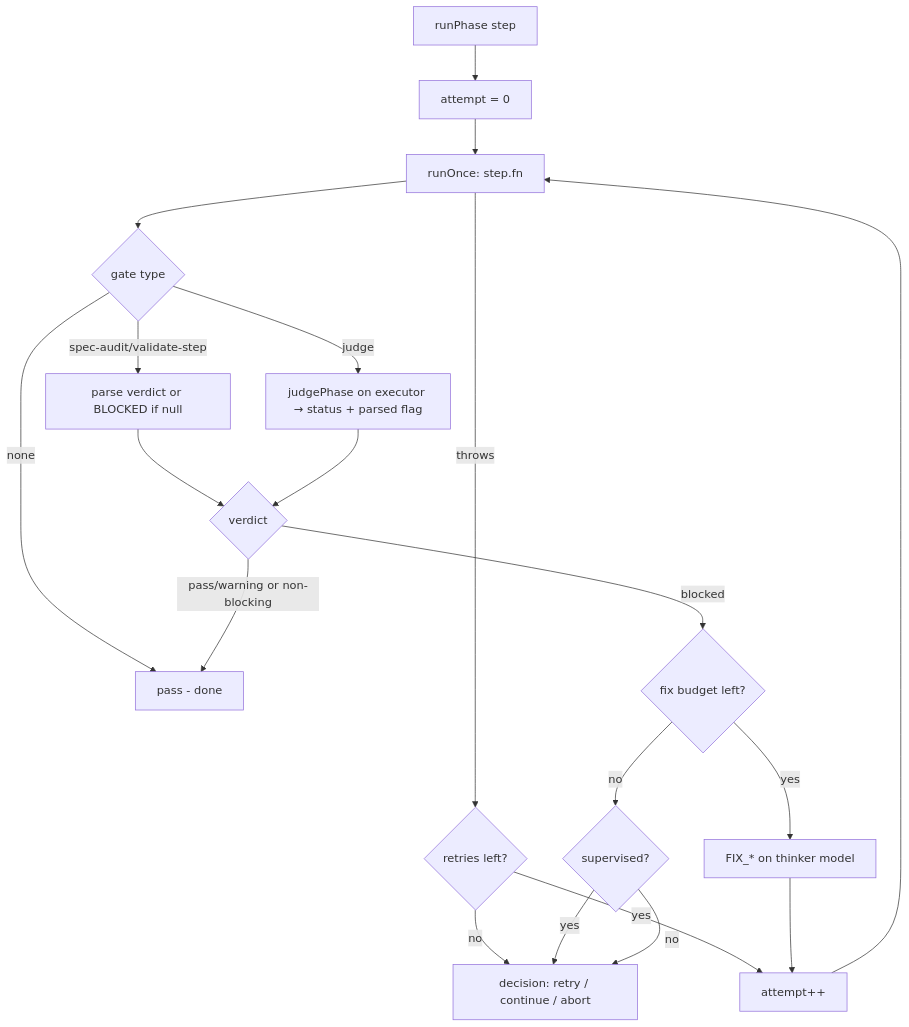
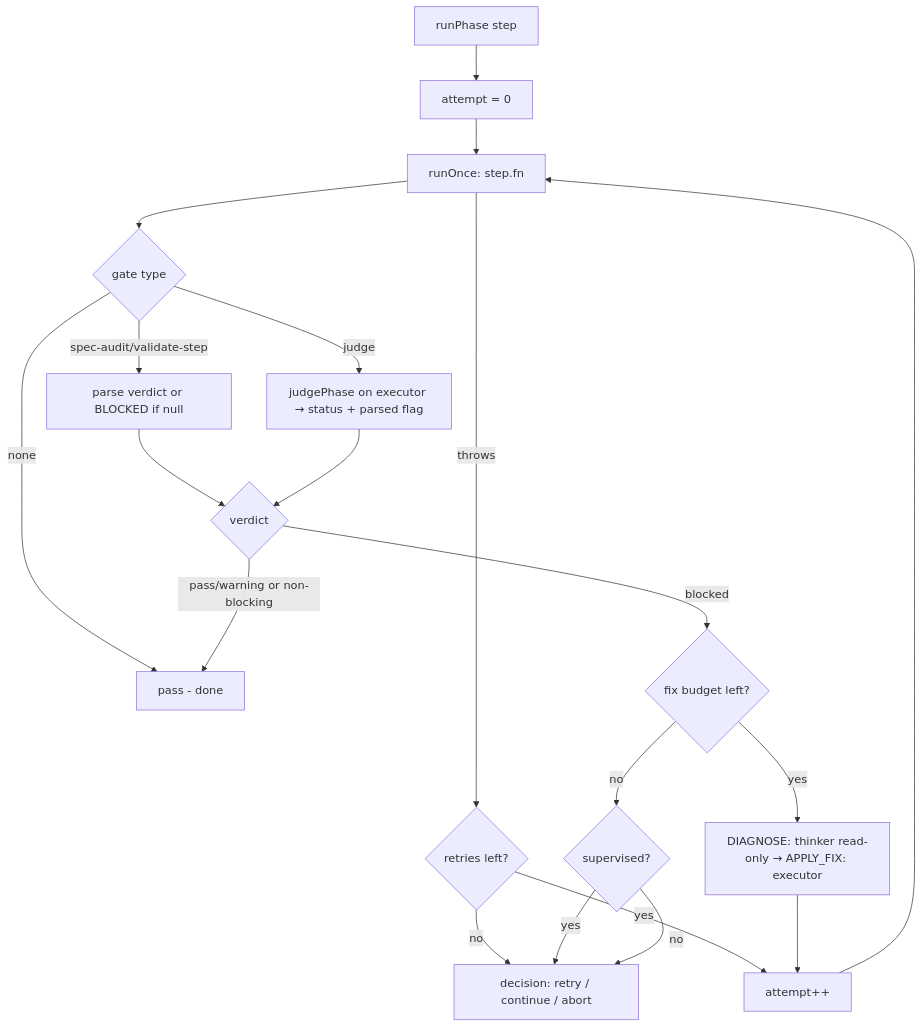
The second of 26 diagrams in DESIGN.md (dahch/huginn), drawn with Mermaid before and after one commit. The commit also changed other lines of this file and 4 other files, not shown here.

````diff
--- a/DESIGN.md
+++ b/DESIGN.md
@@ -250,21 +250,21 @@
 ```mermaid
 flowchart TD
     A[runPhase step] --> B[attempt = 0]
     B --> C[runOnce: step.fn]
     C -- throws --> D{retries left?}
     D -- yes --> B2[attempt++]
     D -- no --> E[decision: retry / continue / abort]
     B2 --> C
     C --> F{gate type}
     F -- none --> G[pass - done]
     F -- spec-audit/validate-step --> H[parse verdict or BLOCKED if null]
     F -- judge --> I[judgePhase on executor → status + parsed flag]
     H --> J{verdict}
     I --> J
     J -- pass/warning or non-blocking --> G
     J -- blocked --> K{fix budget left?}
-    K -- yes --> L[FIX_* on thinker model] --> B2
+    K -- yes --> L[DIAGNOSE: thinker read-only → APPLY_FIX: executor] --> B2
     K -- no --> M{supervised?}
     M -- yes --> E
     M -- no --> E
 ```
````
